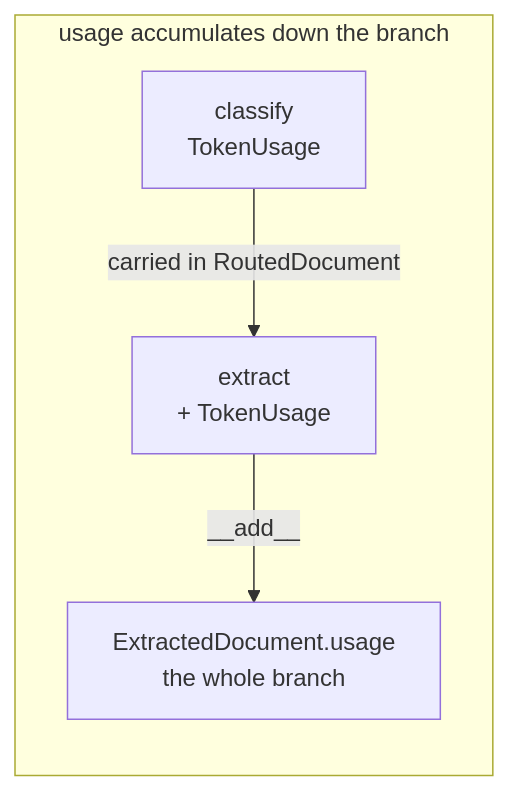
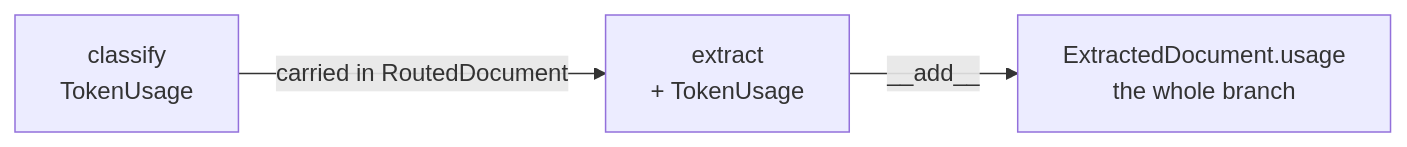
The fourth of 5 diagrams in backend/Detector/models/README.md (selvakumarperumal/Trade_Finance_Doc_Mismatch_Detector), drawn with Mermaid before and after one commit. The commit also changed other lines of this file and 5 other files, not shown here.

Commit message:
docs: enrich ARCHITECTURE.md and subpackage READMEs with diagrams and technical deep dives

````diff
--- a/backend/Detector/models/README.md
+++ b/backend/Detector/models/README.md
@@ -121,7 +303,5 @@
 ```mermaid
 flowchart LR
-    subgraph "usage accumulates down the branch"
-        A["classify<br/>TokenUsage"] -->|carried in RoutedDocument| B["extract<br/>+ TokenUsage"]
-        B -->|"__add__"| C["ExtractedDocument.usage<br/>the whole branch"]
-    end
+    A["classify<br/>TokenUsage"] -->|carried in RoutedDocument| B["extract<br/>+ TokenUsage"]
+    B -->|"__add__"| C["ExtractedDocument.usage<br/>the whole branch"]
 ```
````
